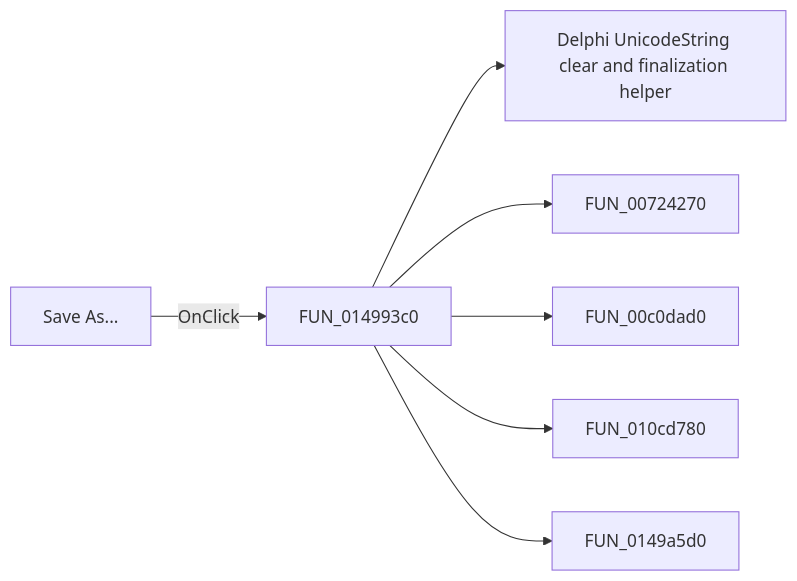
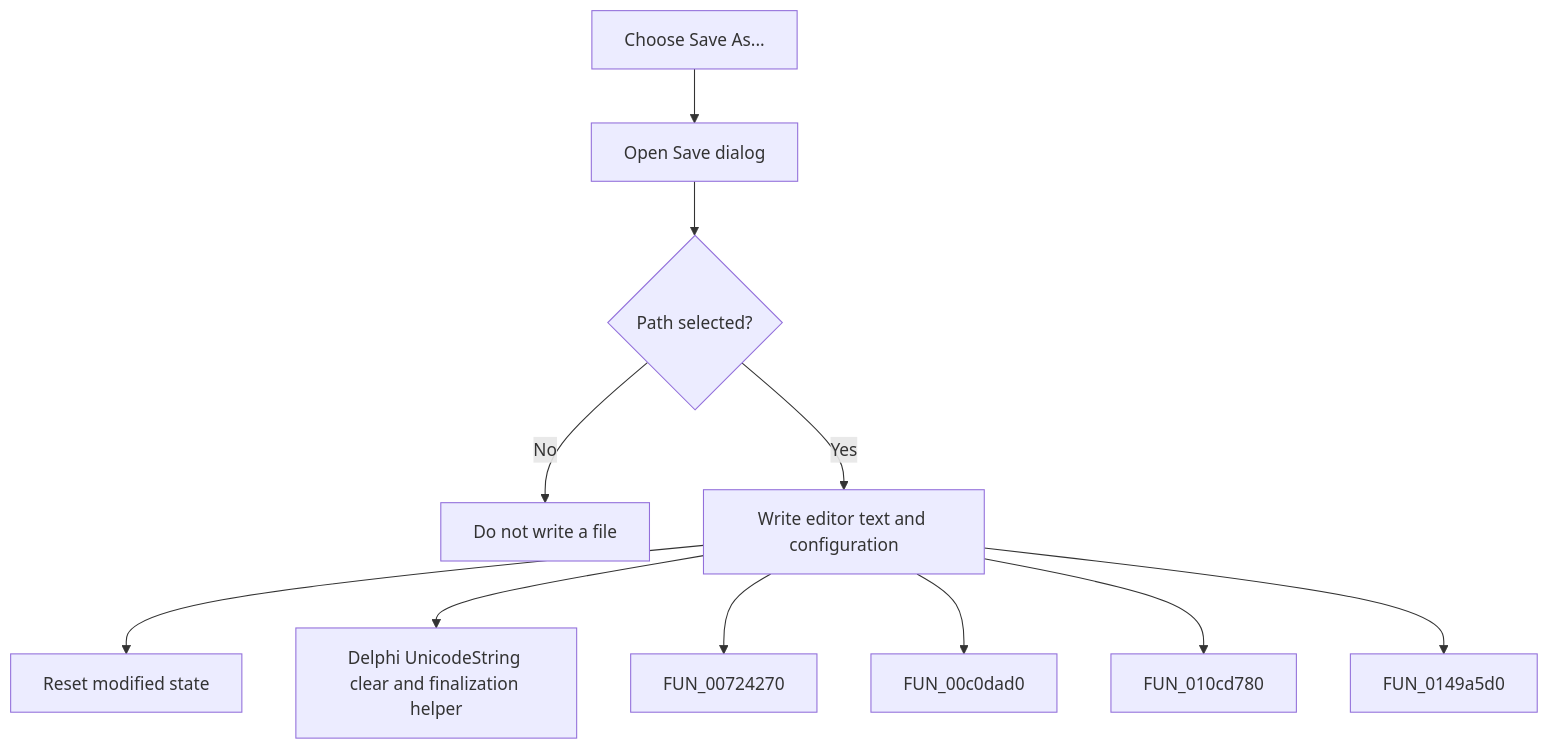
Before and after one commit to MovGP0/TIARA: the diagram in docs/ui-controls/frmdesigntool/misaveas-86ae324111.md, drawn with Mermaid. The commit also changed other lines of this file and 387 other files, not shown here.

````diff
--- a/docs/ui-controls/frmdesigntool/misaveas-86ae324111.md
+++ b/docs/ui-controls/frmdesigntool/misaveas-86ae324111.md
@@ -27,9 +27,13 @@
 ```mermaid
-flowchart LR
-    control["Save As..."] -->|OnClick| handler["FUN_014993c0"]
+flowchart TD
+    control["Choose Save As..."] --> dialog["Open Save dialog"]
+    dialog --> chosen{"Path selected?"}
+    chosen -->|No| stop["Do not write a file"]
+    chosen -->|Yes| handler["Write editor text and configuration"]
+    handler --> clean["Reset modified state"]
     handler --> call1["Delphi UnicodeString clear and finalization helper"]
     handler --> call2["FUN_00724270"]
     handler --> call3["FUN_00c0dad0"]
     handler --> call4["FUN_010cd780"]
     handler --> call5["FUN_0149a5d0"]
 ```
````
